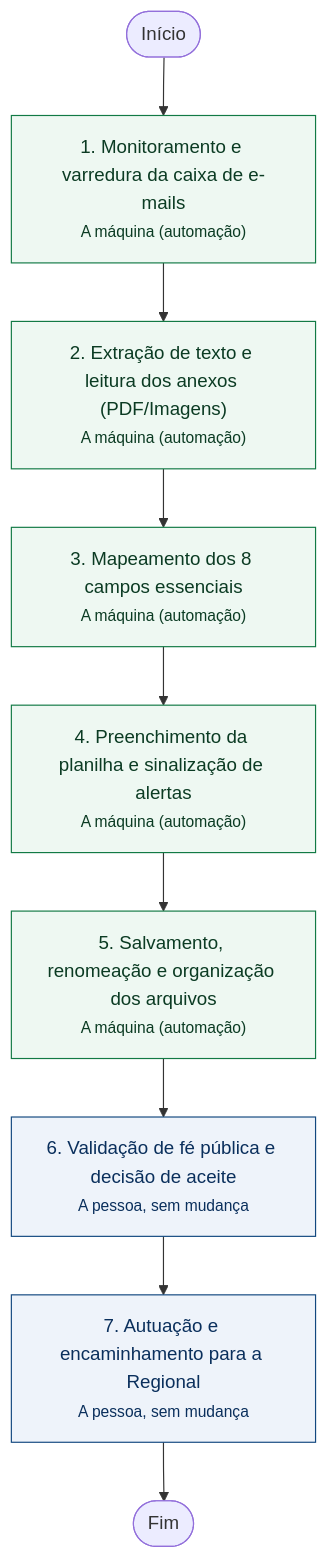
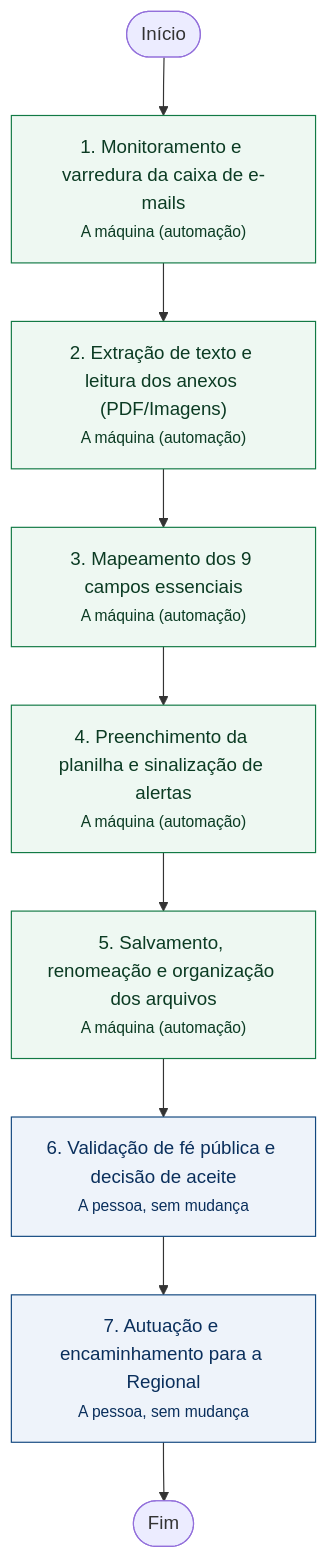
One commit to renato0503/Aula_politec changed the second of 2 diagrams in Apps/teia-triagem-emails/docs/diagramas/processo.md. Above: the diagram before and after it, drawn with Mermaid. The commit also changed other lines of this file and 188 other files, not shown here.

````diff
--- a/Apps/teia-triagem-emails/docs/diagramas/processo.md
+++ b/Apps/teia-triagem-emails/docs/diagramas/processo.md
@@ -35,25 +35,25 @@
 ```mermaid
 %% Fluxograma TOBE · 7 etapas
 flowchart TD
   IN(["Início"])
   N1["1. Monitoramento e varredura da caixa de e-mails<br/><small>A máquina (automação)</small>"]:::auto
   N2["2. Extração de texto e leitura dos anexos (PDF/Imagens)<br/><small>A máquina (automação)</small>"]:::auto
-  N3["3. Mapeamento dos 8 campos essenciais<br/><small>A máquina (automação)</small>"]:::auto
+  N3["3. Mapeamento dos 9 campos essenciais<br/><small>A máquina (automação)</small>"]:::auto
   N4["4. Preenchimento da planilha e sinalização de alertas<br/><small>A máquina (automação)</small>"]:::auto
   N5["5. Salvamento, renomeação e organização dos arquivos<br/><small>A máquina (automação)</small>"]:::auto
   N6["6. Validação de fé pública e decisão de aceite<br/><small>A pessoa, sem mudança</small>"]:::humano
   N7["7. Autuação e encaminhamento para a Regional<br/><small>A pessoa, sem mudança</small>"]:::humano
   FIM(["Fim"])
   IN --> N1
   N1 --> N2
   N2 --> N3
   N3 --> N4
   N4 --> N5
   N5 --> N6
   N6 --> N7
   N7 --> FIM
   classDef manual fill:#fff4e5,stroke:#a35f00,color:#3b2a00;
   classDef wait fill:#fff4e5,stroke:#a35f00,stroke-dasharray:5 3,color:#3b2a00;
   classDef auto fill:#eef8f2,stroke:#127a45,color:#0b3b23;
   classDef humano fill:#eef3fa,stroke:#12487f,color:#0a2f5c;
 ```
````
